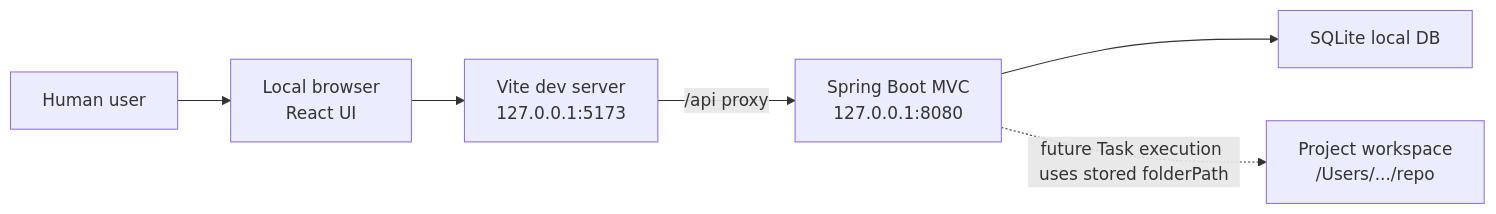
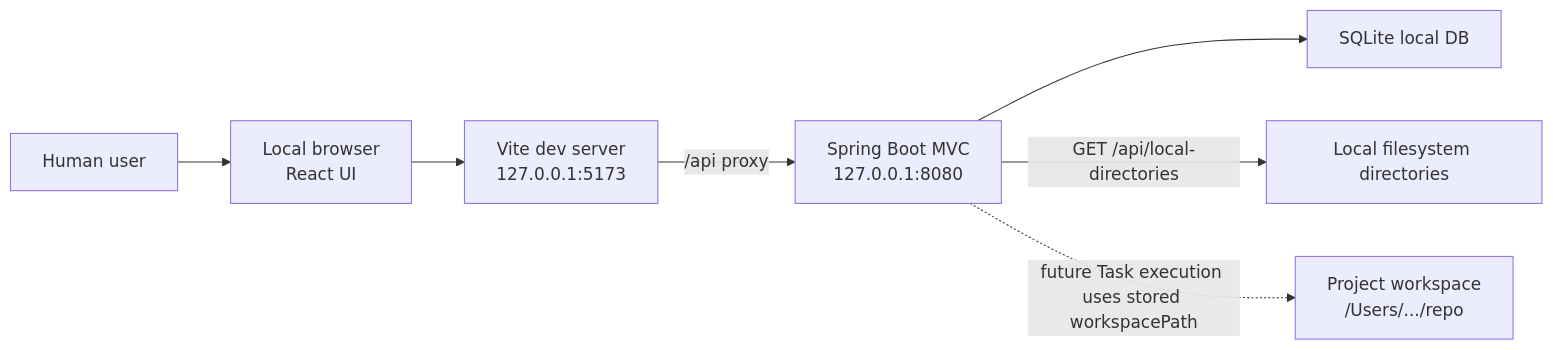
Before and after one commit to samzhu/grimoAPP: the second of 5 diagrams in docs/grimo/architecture.md, drawn with Mermaid. The commit also changed other lines of this file and 54 other files, not shown here.

````diff
--- a/docs/grimo/architecture.md
+++ b/docs/grimo/architecture.md
@@ -52,15 +52,17 @@
 ```mermaid
 flowchart LR
   User["Human user"]
   Browser["Local browser\nReact UI"]
   Vite["Vite dev server\n127.0.0.1:5173"]
   Backend["Spring Boot MVC\n127.0.0.1:8080"]
   SQLite["SQLite local DB"]
   Workspace["Project workspace\n/Users/.../repo"]
+  LocalDirs["Local filesystem directories"]
 
   User --> Browser
   Browser --> Vite
   Vite -- "/api proxy" --> Backend
   Backend --> SQLite
-  Backend -. "future Task execution uses stored folderPath" .-> Workspace
+  Backend -- "GET /api/local-directories" --> LocalDirs
+  Backend -. "future Task execution uses stored workspacePath" .-> Workspace
 ```
````
